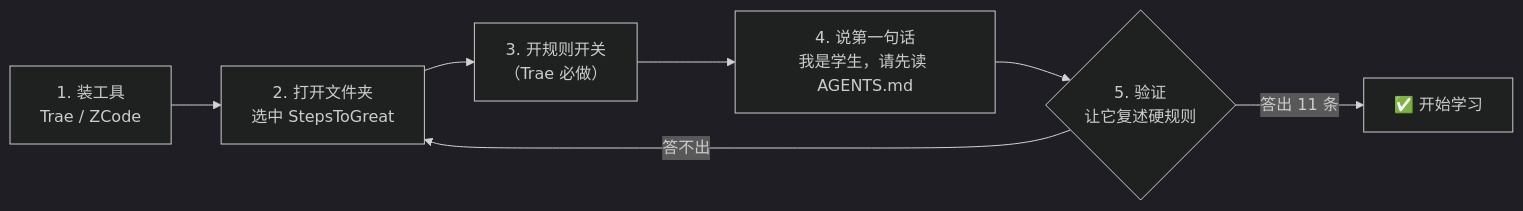
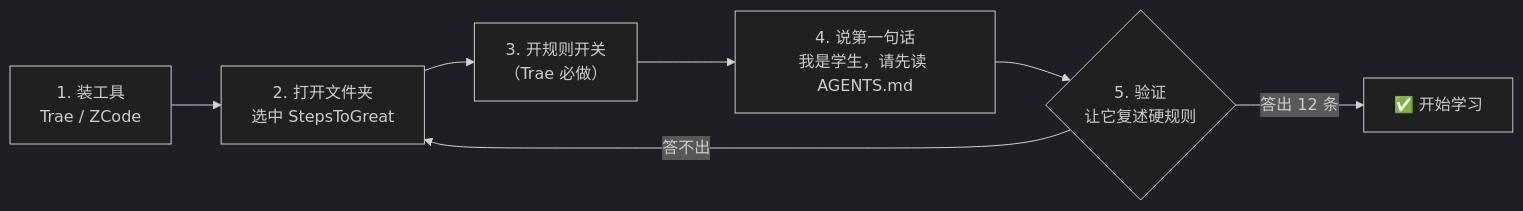
The first of 3 diagrams in 教程/界面示意图.md (wildcat430524/StepsToGreat), drawn with Mermaid (dark theme) before and after one commit. The commit also changed other lines of this file and 83 other files, not shown here.

````diff
--- a/教程/界面示意图.md
+++ b/教程/界面示意图.md
@@ -32,9 +32,9 @@
 ```mermaid
 flowchart LR
     A["1. 装工具<br/>Trae / ZCode"] --> B["2. 打开文件夹<br/>选中 StepsToGreat"]
     B --> C["3. 开规则开关<br/>（Trae 必做）"]
     C --> D["4. 说第一句话<br/>我是学生，请先读 AGENTS.md"]
     D --> E{"5. 验证<br/>让它复述硬规则"}
-    E -->|"答出 11 条"| F["✅ 开始学习"]
+    E -->|"答出 12 条"| F["✅ 开始学习"]
     E -->|"答不出"| B
 ```
````
